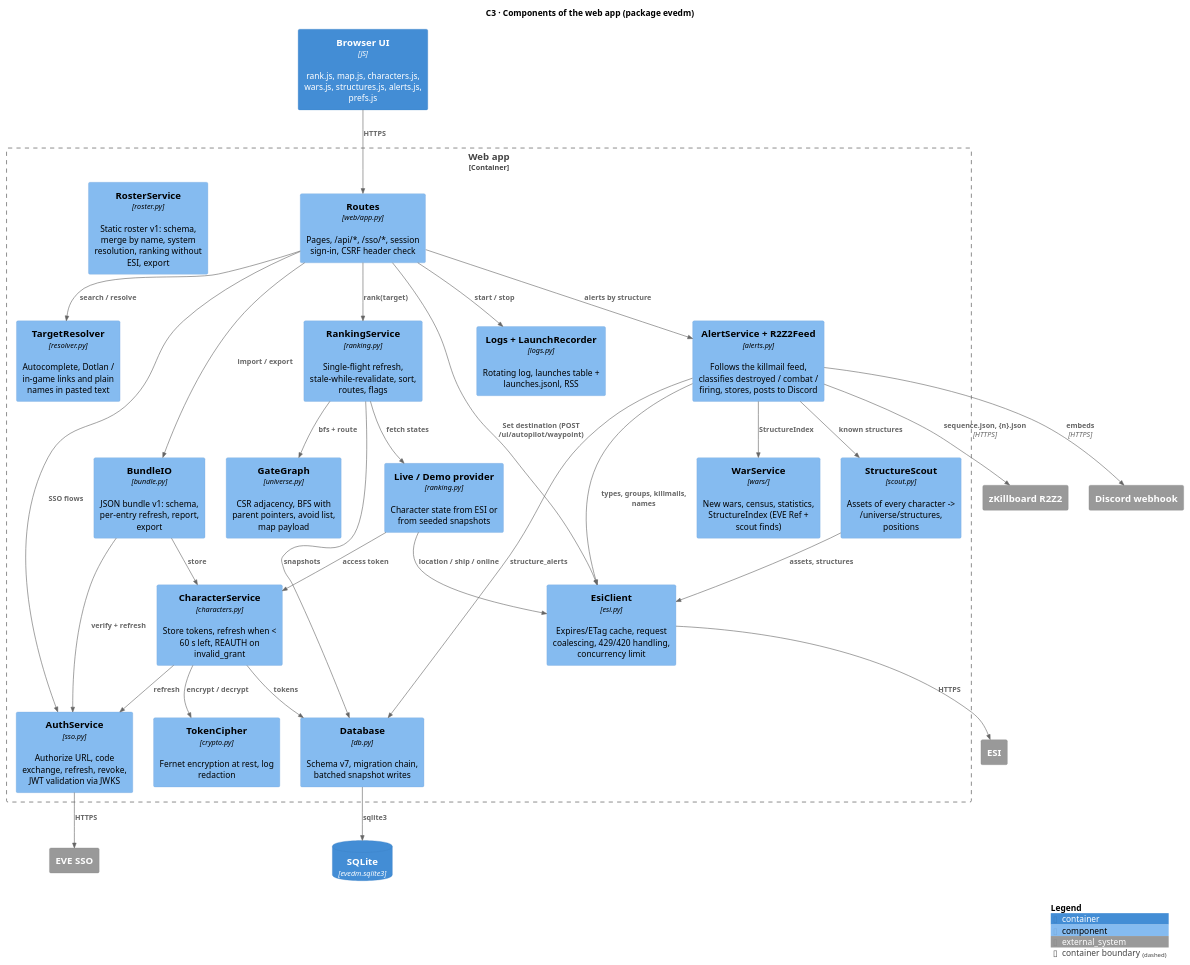
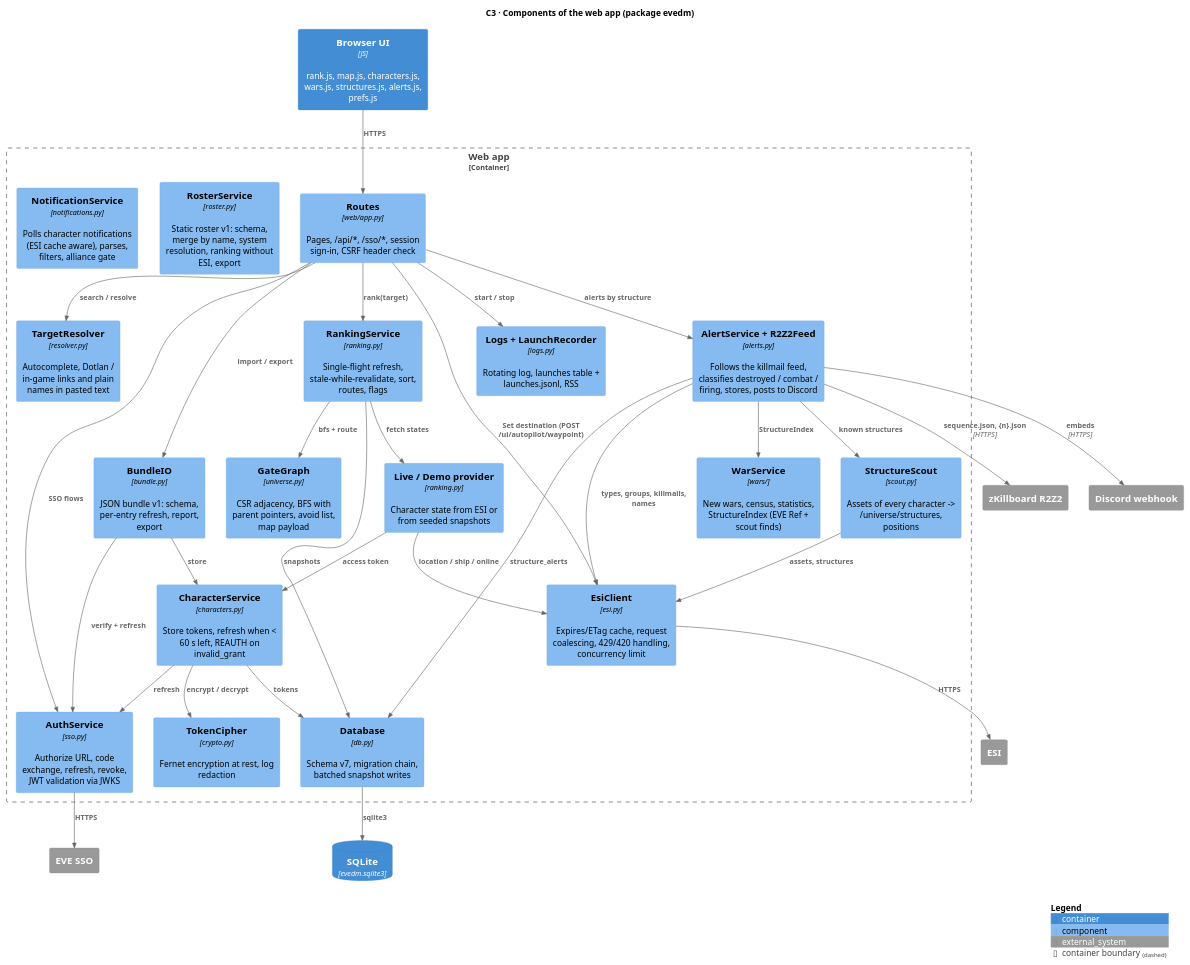
The diagram in docs/c4/03-c3-components.puml (Headruner/war-bot-2), drawn with PlantUML before and after one commit. The commit also changed 8 other files, not shown here.

```diff
--- a/docs/c4/03-c3-components.puml
+++ b/docs/c4/03-c3-components.puml
@@ -1,61 +1,62 @@
 @startuml c3-components
 !include <C4/C4_Component>
 title C3 · Components of the web app (package evedm)
 LAYOUT_TOP_DOWN()
 
 Container(spa, "Browser UI", "JS", "rank.js, map.js, characters.js, wars.js, structures.js, alerts.js, prefs.js")
 ContainerDb(db, "SQLite", "evedm.sqlite3")
 System_Ext(sso, "EVE SSO")
 System_Ext(esi, "ESI")
 System_Ext(zkb, "zKillboard R2Z2")
 System_Ext(discord, "Discord webhook")
 
 Container_Boundary(web, "Web app") {
   Component(routes, "Routes", "web/app.py", "Pages, /api/*, /sso/*, session sign-in, CSRF header check")
   Component(resolver, "TargetResolver", "resolver.py", "Autocomplete, Dotlan / in-game links and plain names in pasted text")
   Component(ranking, "RankingService", "ranking.py", "Single-flight refresh, stale-while-revalidate, sort, routes, flags")
   Component(graph, "GateGraph", "universe.py", "CSR adjacency, BFS with parent pointers, avoid list, map payload")
   Component(provider, "Live / Demo provider", "ranking.py", "Character state from ESI or from seeded snapshots")
   Component(chars, "CharacterService", "characters.py", "Store tokens, refresh when < 60 s left, REAUTH on invalid_grant")
   Component(bundle, "BundleIO", "bundle.py", "JSON bundle v1: schema, per-entry refresh, report, export")
   Component(roster, "RosterService", "roster.py", "Static roster v1: schema, merge by name, system resolution, ranking without ESI, export")
+  Component(ntf, "NotificationService", "notifications.py", "Polls character notifications (ESI cache aware), parses, filters, alliance gate")
   Component(auth, "AuthService", "sso.py", "Authorize URL, code exchange, refresh, revoke, JWT validation via JWKS")
   Component(esiclient, "EsiClient", "esi.py", "Expires/ETag cache, request coalescing, 429/420 handling, concurrency limit")
   Component(cipher, "TokenCipher", "crypto.py", "Fernet encryption at rest, log redaction")
   Component(store, "Database", "db.py", "Schema v7, migration chain, batched snapshot writes")
   Component(launch, "Logs + LaunchRecorder", "logs.py", "Rotating log, launches table + launches.jsonl, RSS")
   Component(wars, "WarService", "wars/", "New wars, census, statistics, StructureIndex (EVE Ref + scout finds)")
   Component(scout, "StructureScout", "scout.py", "Assets of every character -> /universe/structures, positions")
   Component(alerts, "AlertService + R2Z2Feed", "alerts.py", "Follows the killmail feed, classifies destroyed / combat / firing, stores, posts to Discord")
 }
 
 Rel(spa, routes, "HTTPS")
 Rel(routes, resolver, "search / resolve")
 Rel(routes, ranking, "rank(target)")
 Rel(routes, bundle, "import / export")
 Rel(routes, auth, "SSO flows")
 Rel(ranking, graph, "bfs + route")
 Rel(ranking, provider, "fetch states")
 Rel(provider, chars, "access token")
 Rel(provider, esiclient, "location / ship / online")
 Rel(chars, auth, "refresh")
 Rel(chars, cipher, "encrypt / decrypt")
 Rel(bundle, chars, "store")
 Rel(bundle, auth, "verify + refresh")
 Rel(chars, store, "tokens")
 Rel(ranking, store, "snapshots")
 Rel(store, db, "sqlite3")
 Rel(auth, sso, "HTTPS")
 Rel(esiclient, esi, "HTTPS")
 Rel(routes, launch, "start / stop")
 Rel(routes, alerts, "alerts by structure")
 Rel(routes, esiclient, "Set destination (POST /ui/autopilot/waypoint)")
 Rel(alerts, zkb, "sequence.json, {n}.json", "HTTPS")
 Rel(alerts, esiclient, "types, groups, killmails, names")
 Rel(alerts, scout, "known structures")
 Rel(alerts, wars, "StructureIndex")
 Rel(alerts, discord, "embeds", "HTTPS")
 Rel(scout, esiclient, "assets, structures")
 Rel(alerts, store, "structure_alerts")
 SHOW_LEGEND()
 @enduml
```
